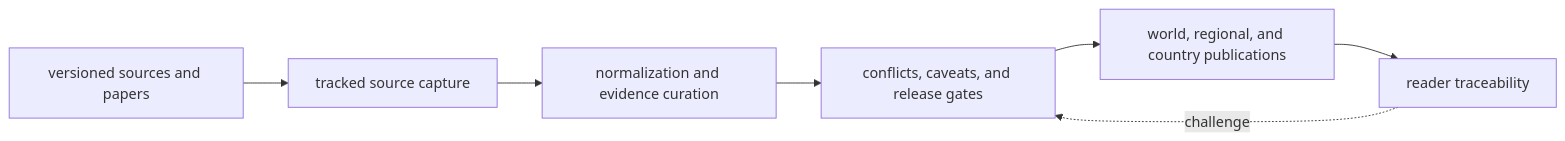
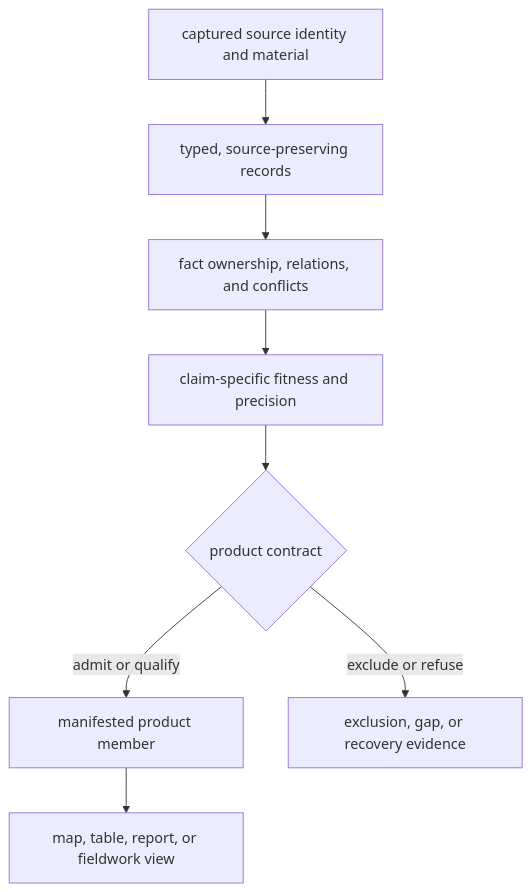
One commit to bijux/bijux-pollenomics changed the second of 2 diagrams in README.md. Above: the diagram before and after it, drawn with Mermaid. The commit also changed other lines of this file, not shown here.

Commit message:
docs(readme): make the repository entry point claim-oriented

````diff
--- a/README.md
+++ b/README.md
@@ -154,9 +151,10 @@
 ```mermaid
-flowchart LR
-    Sources["versioned sources and papers"] --> Capture["tracked source capture"]
-    Capture --> Curate["normalization and evidence curation"]
-    Curate --> Review["conflicts, caveats, and release gates"]
-    Review --> Publish["world, regional, and country publications"]
-    Publish --> Trace["reader traceability"]
-    Trace -. challenge .-> Review
+flowchart TB
+    Capture["captured source identity and material"] --> Normalize["typed, source-preserving records"]
+    Normalize --> Curate["fact ownership, relations, and conflicts"]
+    Curate --> Review["claim-specific fitness and precision"]
+    Review --> Admission{"product contract"}
+    Admission -->|admit or qualify| Manifest["manifested product member"]
+    Admission -->|exclude or refuse| Negative["exclusion, gap, or recovery evidence"]
+    Manifest --> Render["map, table, report, or fieldwork view"]
 ```
````
